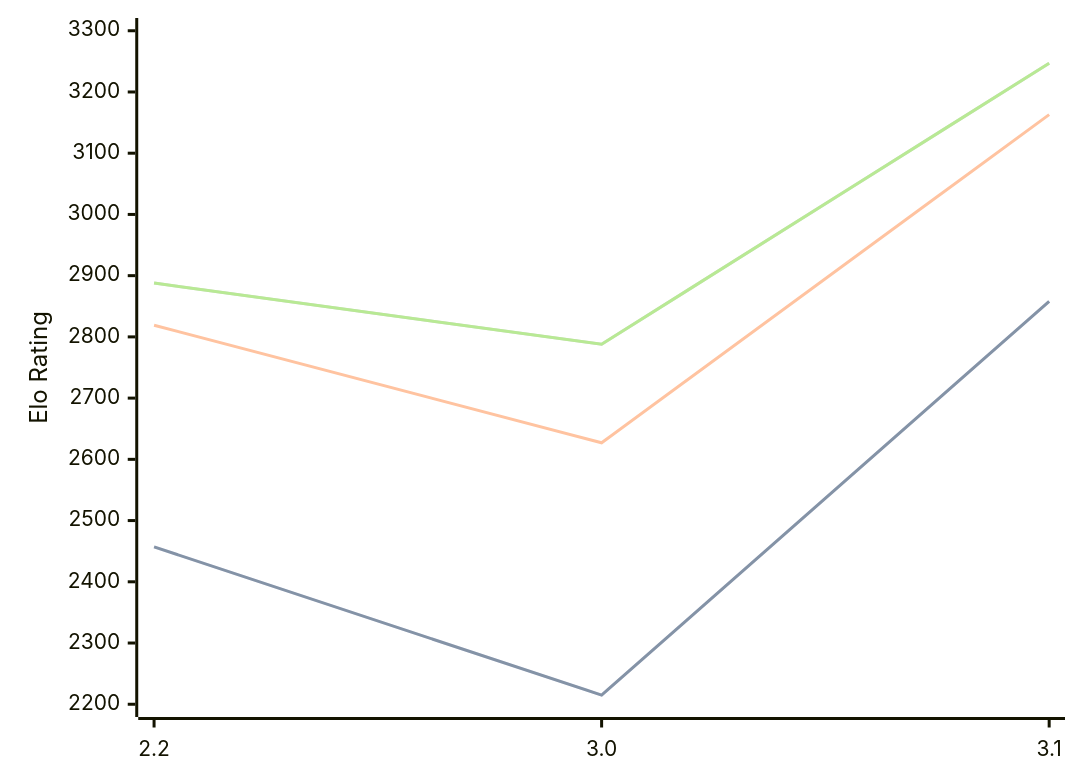
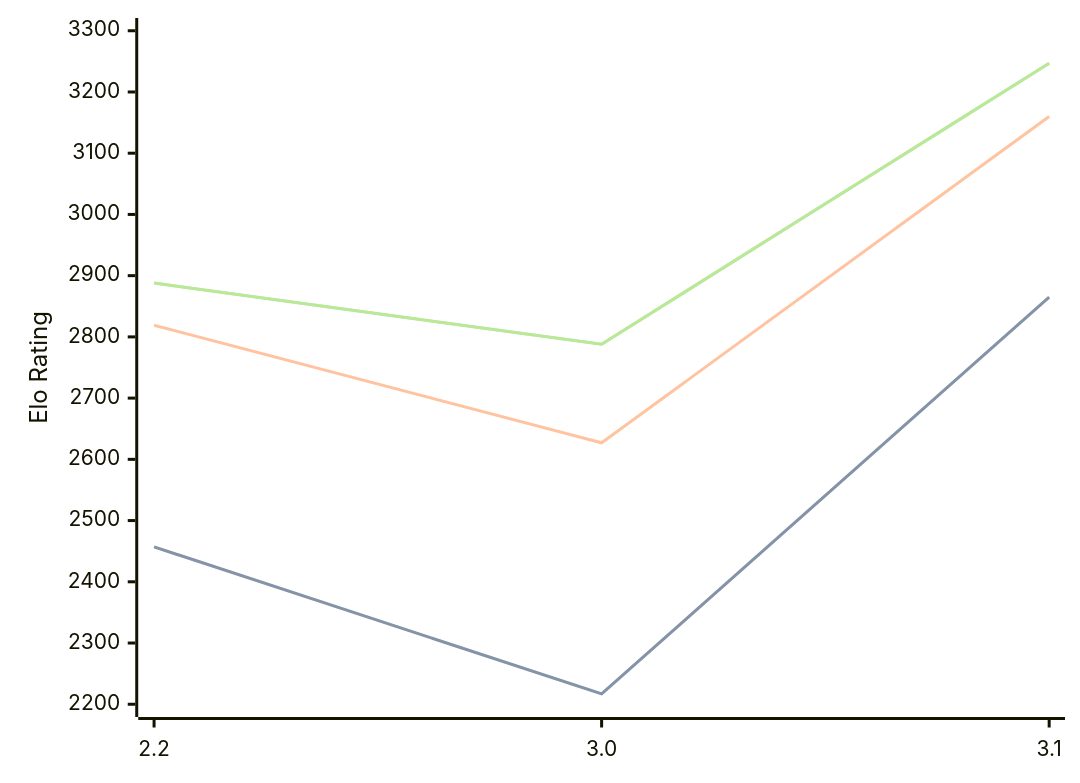
One commit to computer-chess-index/cci changed the diagram in engines/Thrawn.md. Above: the diagram before and after it, drawn with Mermaid. The commit also changed other lines of this file, not shown here.

````diff
--- a/engines/Thrawn.md
+++ b/engines/Thrawn.md
@@ -41,11 +41,11 @@
 ```mermaid
 %%{init: {"theme":"base","themeVariables":{"seriesColors:['#a3a3a3','#222221','#faa371']}}}%%
 xychart-beta
   x-axis ["2.2", "3.0", "3.1"]
   y-axis "Elo Rating" 2200 --> 3300
-  line "STC (8.0+0.08s)" [2457, 2215, 2858]
-  line "STC (8.0+0.08s)" [2457, 2215, 2858]
-  line "LTC (60.0+0.60s)" [2819, 2627, 3163]
+  line "STC (8.0+0.08s)" [2457, 2217, 2865]
+  line "STC (8.0+0.08s)" [2457, 2217, 2865]
+  line "LTC (60.0+0.60s)" [2819, 2627, 3160]
   line "VLTC (2m24s+1.12s)" [2888, 2788, 3247]
   line "VLTC (2m24s+1.12s)" [2888, 2788, 3247]
 ```
````
